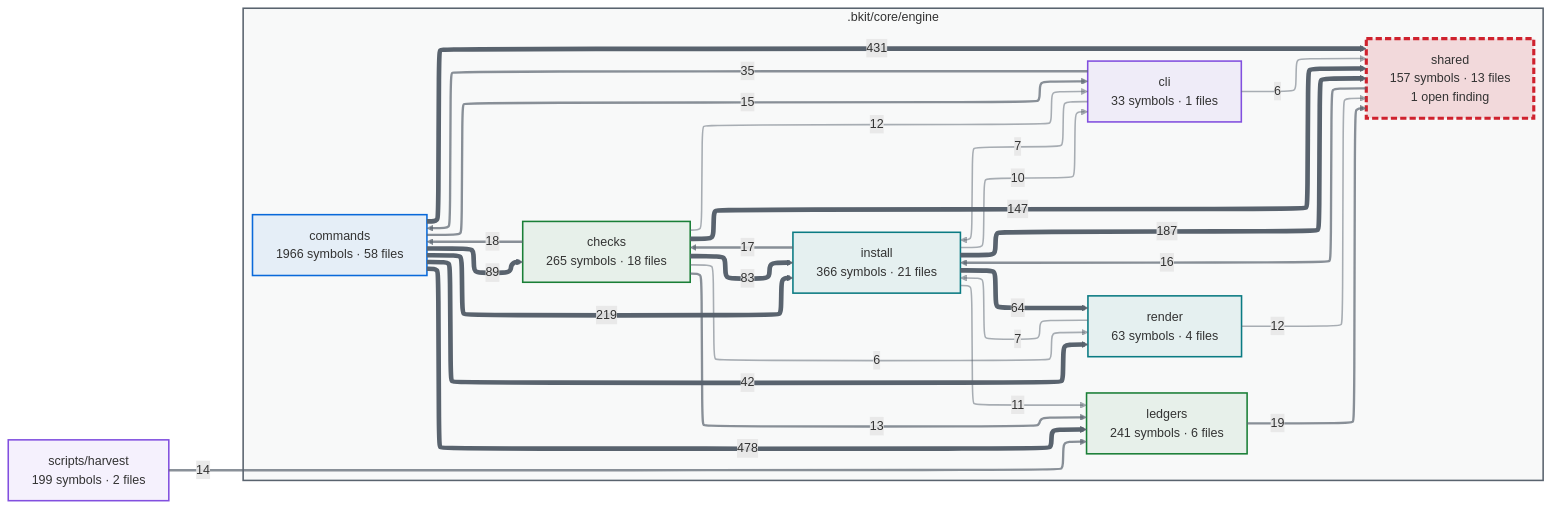
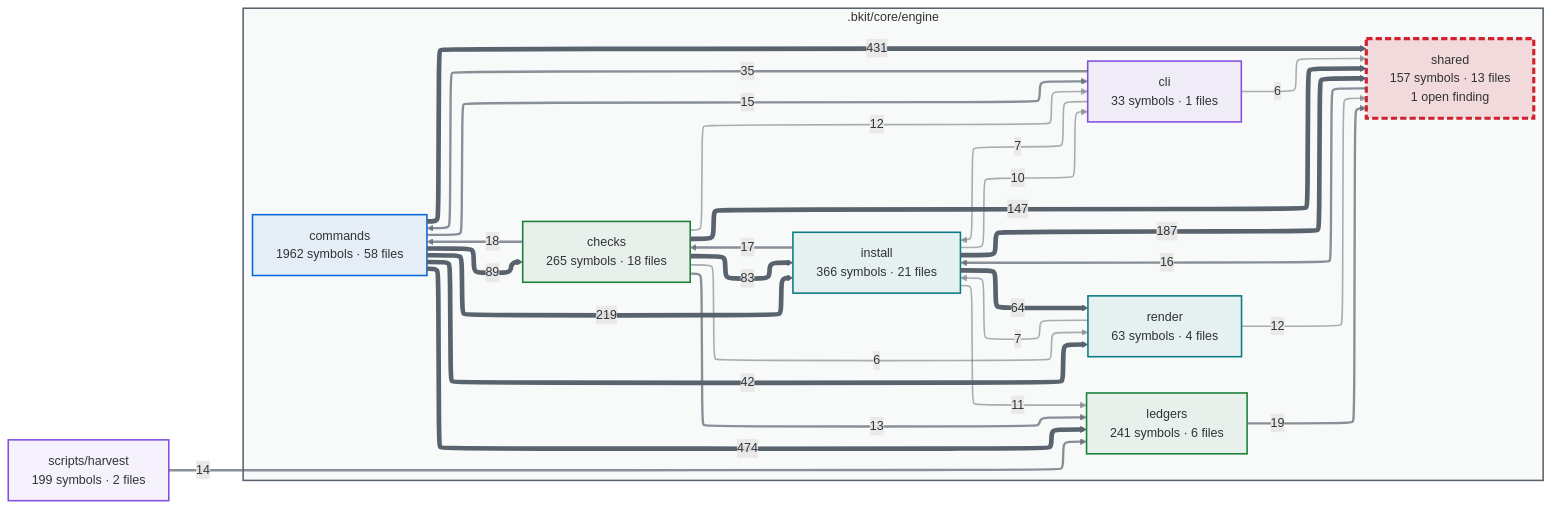
The first of 2 diagrams in docs/capabilities.md (cbartens/bkit), drawn with Mermaid before and after one commit. The commit also changed other lines of this file and 94 other files, not shown here.

````diff
--- a/docs/capabilities.md
+++ b/docs/capabilities.md
@@ -116,80 +116,80 @@
 ```mermaid
 ---
 config:
   layout: elk
   themeCSS: "marker { overflow: visible; } marker path { transform: scale(1.8); transform-origin: 5px 5px; }"
   flowchart:
     useMaxWidth: false
 ---
 flowchart LR
   %% Generated by bkit-graphify-rollup.py — do not edit
   subgraph gn_bkit_core_engine[".bkit/core/engine"]
     n_bkit_core_engine_checks["checks<br/>265 symbols · 18 files"]
     n_bkit_core_engine_cli["cli<br/>33 symbols · 1 files"]
-    n_bkit_core_engine_commands["commands<br/>1966 symbols · 58 files"]
+    n_bkit_core_engine_commands["commands<br/>1962 symbols · 58 files"]
     n_bkit_core_engine_install["install<br/>366 symbols · 21 files"]
     n_bkit_core_engine_ledgers["ledgers<br/>241 symbols · 6 files"]
     n_bkit_core_engine_render["render<br/>63 symbols · 4 files"]
     n_bkit_core_engine_shared["shared<br/>157 symbols · 13 files<br/>1 open finding"]
   end
   nscripts_harvest["scripts/harvest<br/>199 symbols · 2 files"]
-  n_bkit_core_engine_commands -->|478| n_bkit_core_engine_ledgers
+  n_bkit_core_engine_commands -->|474| n_bkit_core_engine_ledgers
   n_bkit_core_engine_commands -->|431| n_bkit_core_engine_shared
   n_bkit_core_engine_commands -->|219| n_bkit_core_engine_install
   n_bkit_core_engine_install -->|187| n_bkit_core_engine_shared
   n_bkit_core_engine_checks -->|147| n_bkit_core_engine_shared
   n_bkit_core_engine_commands -->|89| n_bkit_core_engine_checks
   n_bkit_core_engine_checks -->|83| n_bkit_core_engine_install
   n_bkit_core_engine_install -->|64| n_bkit_core_engine_render
   n_bkit_core_engine_commands -->|42| n_bkit_core_engine_render
   n_bkit_core_engine_cli -->|35| n_bkit_core_engine_commands
   n_bkit_core_engine_ledgers -->|19| n_bkit_core_engine_shared
   n_bkit_core_engine_checks -->|18| n_bkit_core_engine_commands
   n_bkit_core_engine_install -->|17| n_bkit_core_engine_checks
   n_bkit_core_engine_shared -->|16| n_bkit_core_engine_install
   n_bkit_core_engine_commands -->|15| n_bkit_core_engine_cli
   nscripts_harvest -->|14| n_bkit_core_engine_ledgers
   n_bkit_core_engine_checks -->|13| n_bkit_core_engine_ledgers
   n_bkit_core_engine_checks -->|12| n_bkit_core_engine_cli
   n_bkit_core_engine_render -->|12| n_bkit_core_engine_shared
   n_bkit_core_engine_install -->|11| n_bkit_core_engine_ledgers
   n_bkit_core_engine_install -->|10| n_bkit_core_engine_cli
   n_bkit_core_engine_cli -->|7| n_bkit_core_engine_install
   n_bkit_core_engine_render -->|7| n_bkit_core_engine_install
   n_bkit_core_engine_checks -->|6| n_bkit_core_engine_render
   n_bkit_core_engine_cli -->|6| n_bkit_core_engine_shared
   style gn_bkit_core_engine fill:#59636e0a,stroke:#59636e,stroke-width:2px
   style n_bkit_core_engine_checks stroke:#1a7f37,stroke-width:2px,fill:#1a7f3714
   style n_bkit_core_engine_cli stroke:#8250df,stroke-width:2px,fill:#8250df14
   style n_bkit_core_engine_commands stroke:#0969da,stroke-width:2px,fill:#0969da14
   style n_bkit_core_engine_install stroke:#0a7b83,stroke-width:2px,fill:#0a7b8314
   style n_bkit_core_engine_ledgers stroke:#1a7f37,stroke-width:2px,fill:#1a7f3714
   style n_bkit_core_engine_render stroke:#0a7b83,stroke-width:2px,fill:#0a7b8314
   style n_bkit_core_engine_shared stroke:#cf222e,stroke-width:4px,stroke-dasharray:8 4,fill:#cf222e26
   style nscripts_harvest stroke:#8250df,stroke-width:2px,fill:#8250df14
   linkStyle 0 stroke:#59636e,stroke-width:6px
   linkStyle 1 stroke:#59636e,stroke-width:6px
   linkStyle 2 stroke:#59636e,stroke-width:6px
   linkStyle 3 stroke:#59636e,stroke-width:6px
   linkStyle 4 stroke:#59636e,stroke-width:6px
   linkStyle 5 stroke:#59636e,stroke-width:6px
   linkStyle 6 stroke:#59636e,stroke-width:6px
   linkStyle 7 stroke:#59636e,stroke-width:6px
   linkStyle 8 stroke:#59636e,stroke-width:6px
   linkStyle 9 stroke:#59636eb3,stroke-width:3px
   linkStyle 10 stroke:#59636eb3,stroke-width:3px
   linkStyle 11 stroke:#59636eb3,stroke-width:3px
   linkStyle 12 stroke:#59636eb3,stroke-width:3px
   linkStyle 13 stroke:#59636eb3,stroke-width:3px
   linkStyle 14 stroke:#59636eb3,stroke-width:3px
   linkStyle 15 stroke:#59636eb3,stroke-width:3px
   linkStyle 16 stroke:#59636eb3,stroke-width:3px
   linkStyle 17 stroke:#59636e80,stroke-width:2px
   linkStyle 18 stroke:#59636e80,stroke-width:2px
   linkStyle 19 stroke:#59636e80,stroke-width:2px
   linkStyle 20 stroke:#59636e80,stroke-width:2px
   linkStyle 21 stroke:#59636e80,stroke-width:2px
   linkStyle 22 stroke:#59636e80,stroke-width:2px
   linkStyle 23 stroke:#59636e80,stroke-width:2px
   linkStyle 24 stroke:#59636e80,stroke-width:2px
 ```
````
